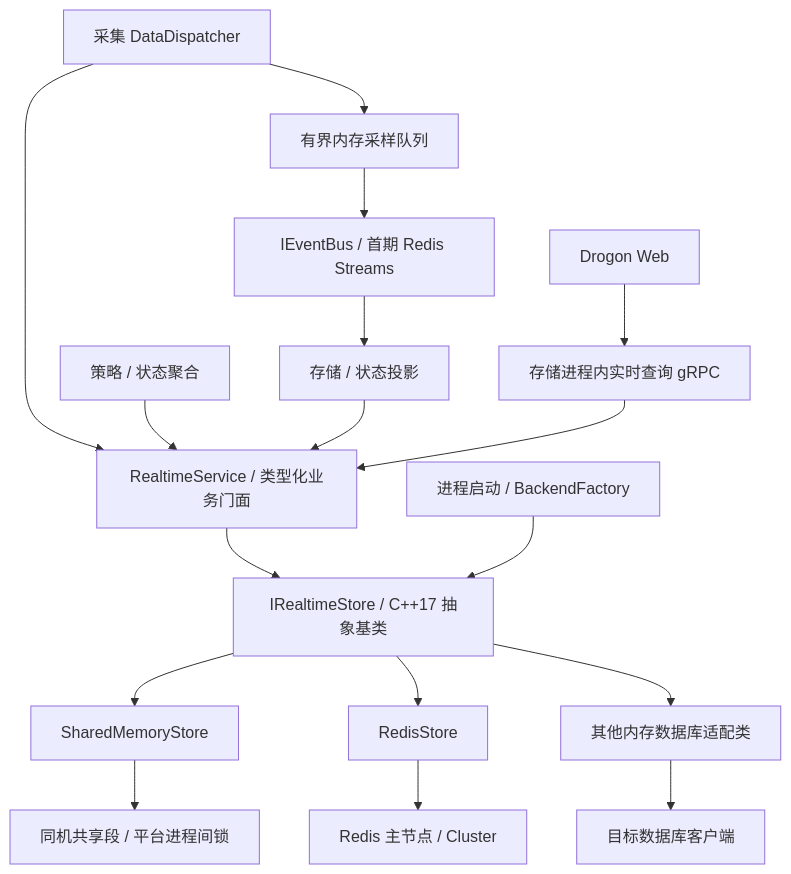
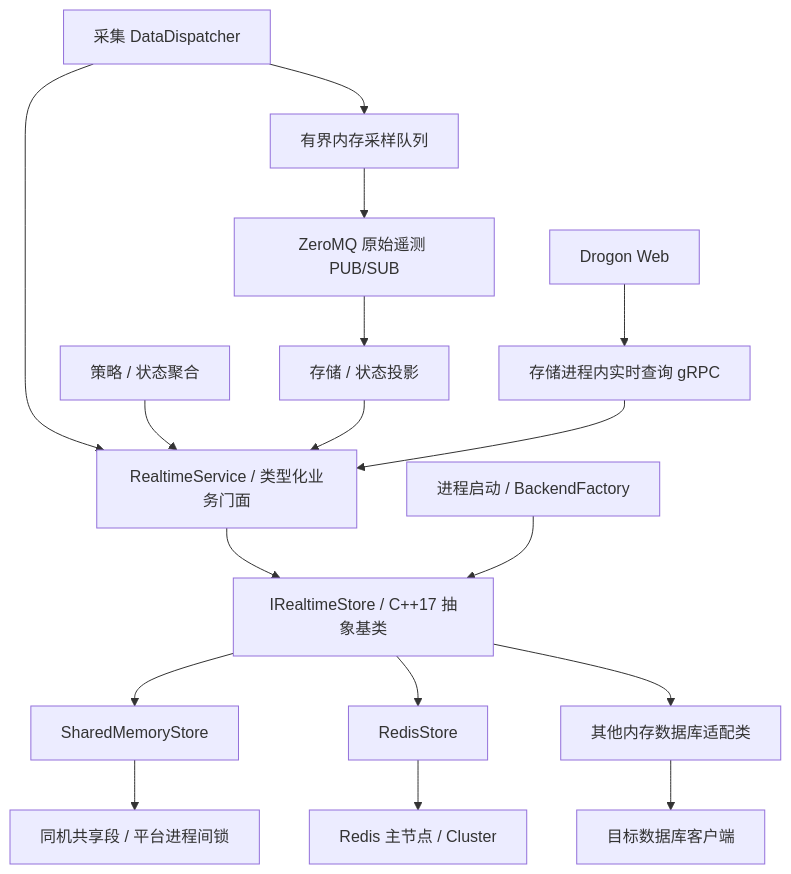
Before and after one commit to 600888/ems: the first of 2 diagrams in docs/common/realtime/access-design.md, drawn with Mermaid. The commit also changed other lines of this file and 28 other files, not shown here.

````diff
--- a/docs/common/realtime/access-design.md
+++ b/docs/common/realtime/access-design.md
@@ -48,19 +48,19 @@
 ```mermaid
 flowchart TB
     Collector[采集 DataDispatcher] --> Service[RealtimeService / 类型化业务门面]
     Strategy[策略 / 状态聚合] --> Service
     Storage[存储 / 状态投影] --> Service
     Service --> Contract[IRealtimeStore / C++17 抽象基类]
     Factory[进程启动 / BackendFactory] --> Contract
     Contract --> Shm[SharedMemoryStore]
     Contract --> Redis[RedisStore]
     Contract --> Other[其他内存数据库适配类]
     Shm --> Segment[同机共享段 / 平台进程间锁]
     Redis --> Server[Redis 主节点 / Cluster]
     Other --> Engine[目标数据库客户端]
     Collector --> Buffer[有界内存采样队列]
-    Buffer --> Bus[IEventBus / 首期 Redis Streams]
+    Buffer --> Bus[ZeroMQ 原始遥测 PUB/SUB]
     Bus --> Storage
     Web[Drogon Web] --> Gateway[存储进程内实时查询 gRPC]
     Gateway --> Service
 ```
````
